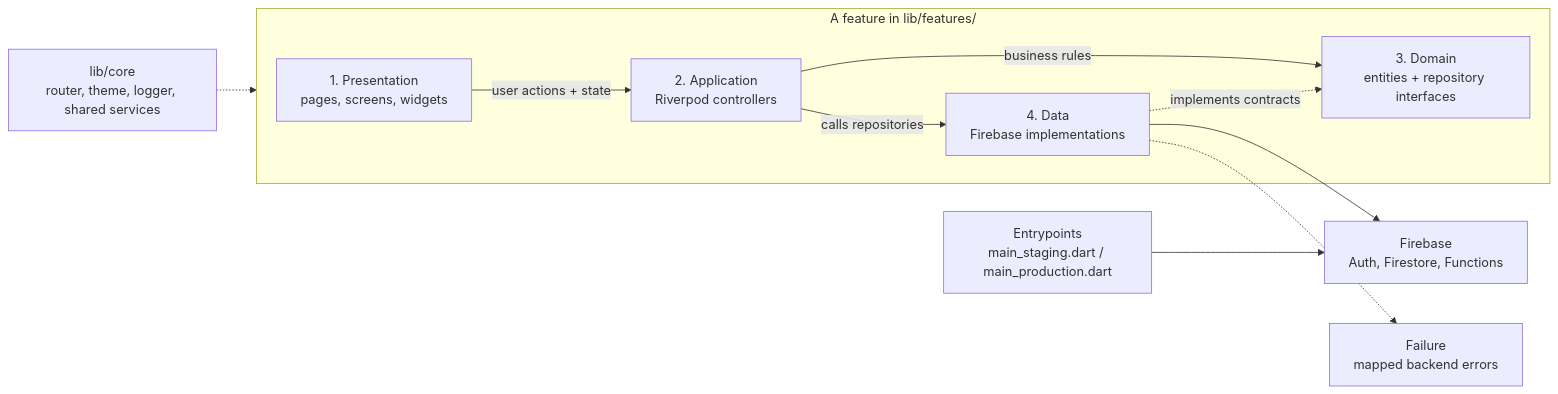
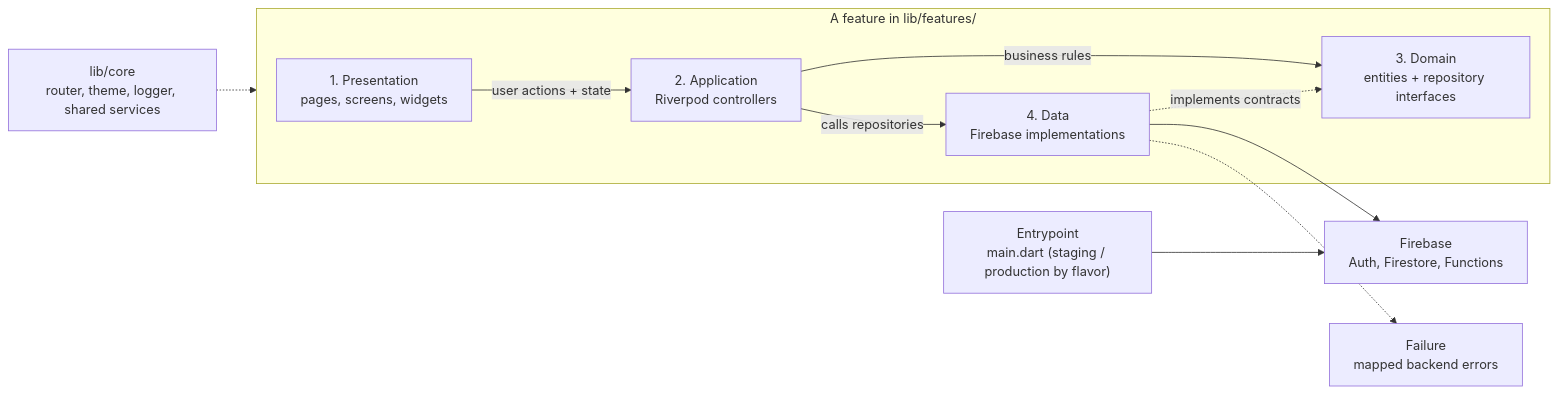
Before and after one commit to loipv/flutter-boilerplate-blueprint: the diagram in README.md, drawn with Mermaid. The commit also changed other lines of this file and 9 other files, not shown here.

First line of the commit message:
refactor: merge staging and production entrypoints into lib/main.dart

````diff
--- a/README.md
+++ b/README.md
@@ -144,19 +144,19 @@
 ```mermaid
 flowchart LR
     subgraph FEATURE["A feature in lib/features/<name>"]
         PRESENTATION["1. Presentation<br/>pages, screens, widgets"]
         APPLICATION["2. Application<br/>Riverpod controllers"]
         DOMAIN["3. Domain<br/>entities + repository interfaces"]
         DATA["4. Data<br/>Firebase implementations"]
 
         PRESENTATION -->|"user actions + state"| APPLICATION
         APPLICATION -->|"business rules"| DOMAIN
         APPLICATION -->|"calls repositories"| DATA
         DATA -.->|"implements contracts"| DOMAIN
     end
 
     DATA --> FIREBASE["Firebase<br/>Auth, Firestore, Functions"]
     DATA -.-> FAILURE["Failure<br/>mapped backend errors"]
     CORE["lib/core<br/>router, theme, logger, shared services"] -.-> FEATURE
-    ENTRY["Entrypoints<br/>main_staging.dart / main_production.dart"] --> FIREBASE
+    ENTRY["Entrypoint<br/>main.dart (staging / production by flavor)"] --> FIREBASE
 ```
````
